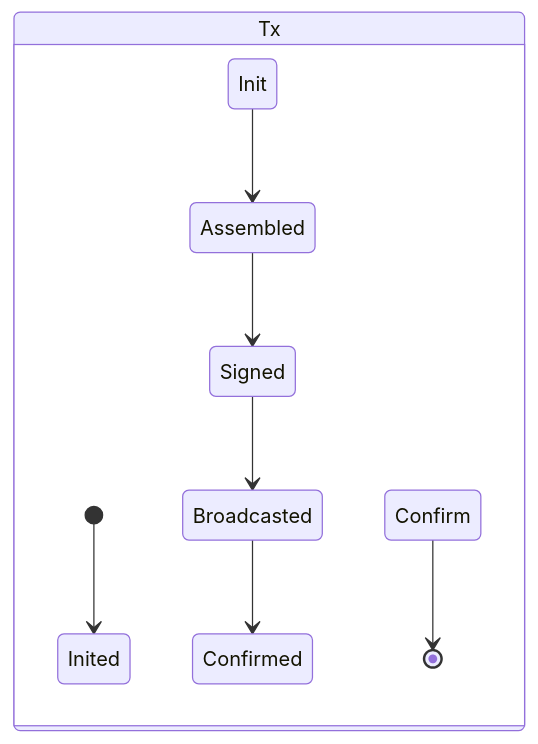
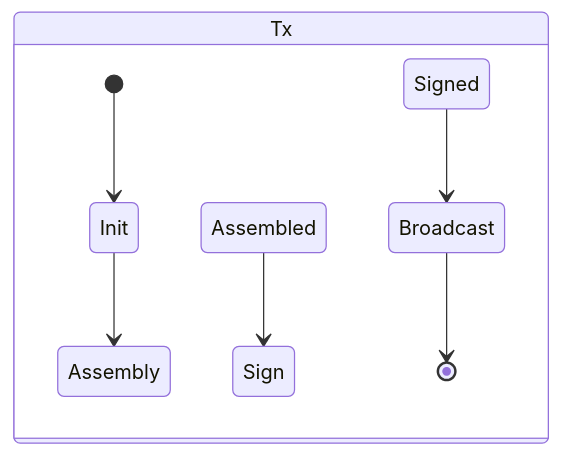
One commit to csquan/hui-collect changed the diagram in README.md. Above: the diagram before and after it, drawn with Mermaid.

````diff
--- a/README.md
+++ b/README.md
@@ -13,12 +13,11 @@
 ```mermaid
 stateDiagram-v2
     state Tx {
-        [*] --> Inited
-        Init --> Assembled
-        Assembled --> Signed
-        Signed --> Broadcasted
-        Broadcasted --> Confirmed
-        Confirm --> [*]
+        [*] --> Init
+        Init --> Assembly
+        Assembled --> Sign
+        Signed --> Broadcast
+        Broadcast --> [*]
     }
    
 ```
````
